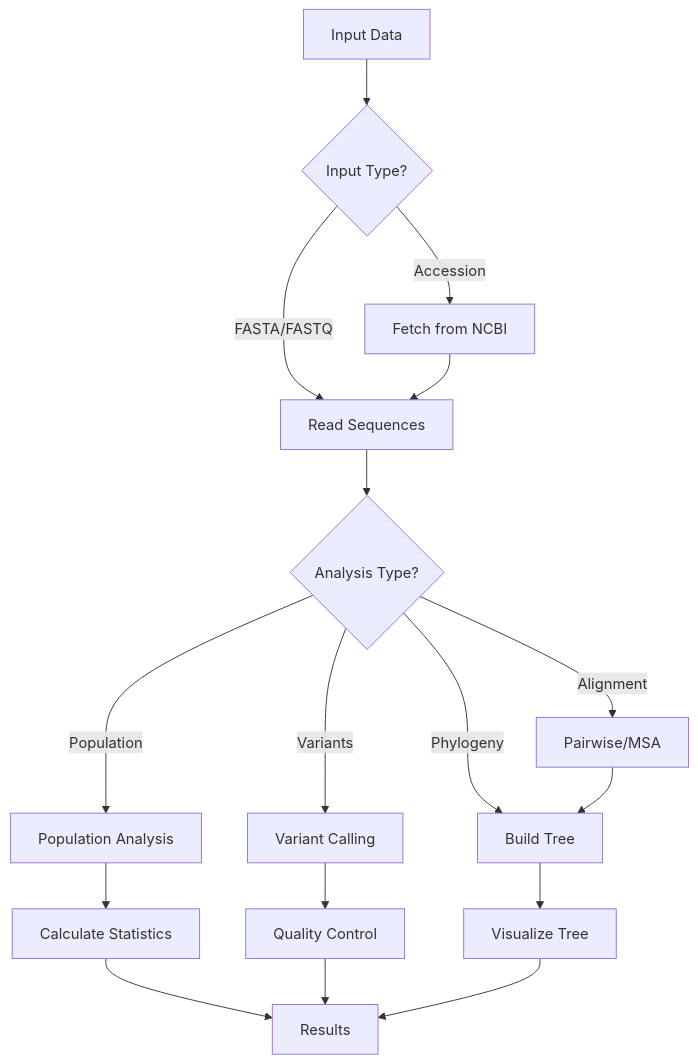
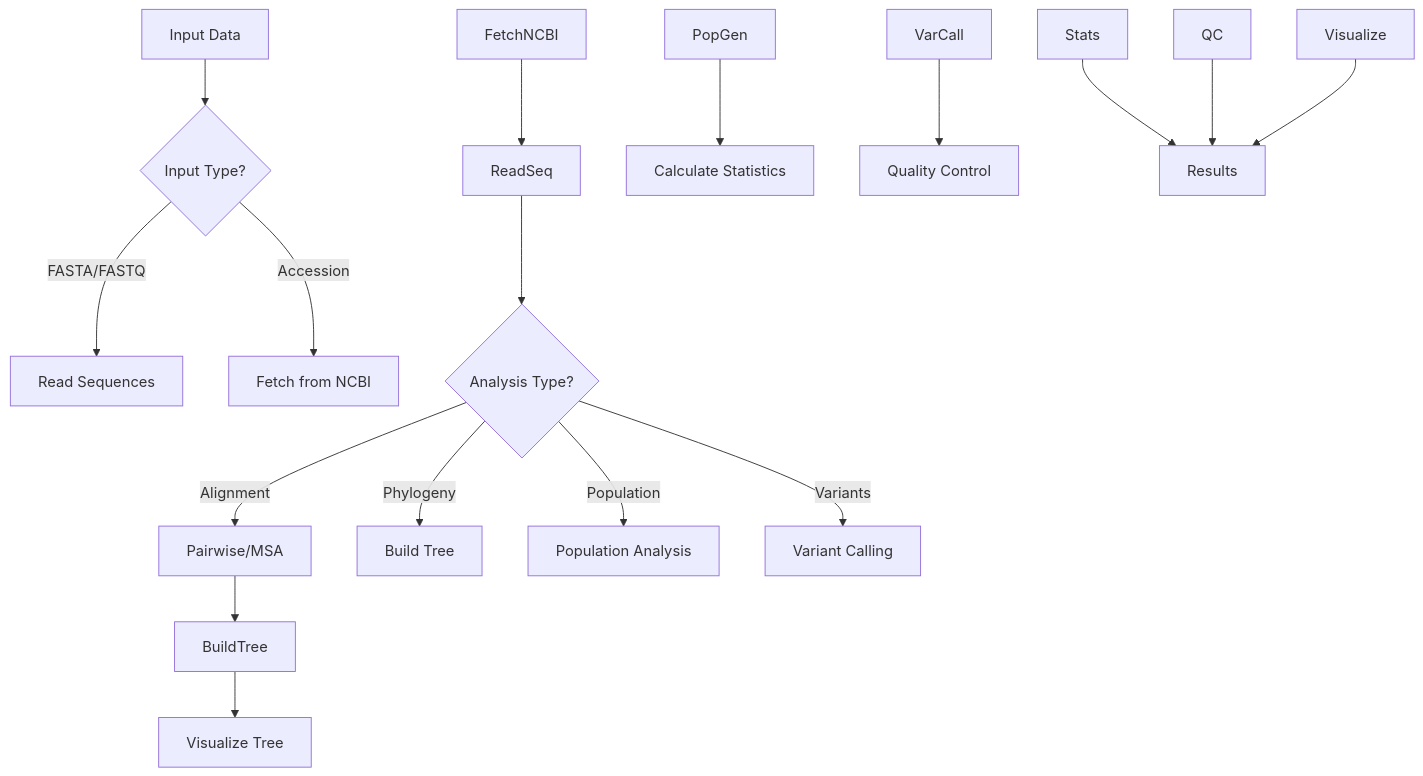
The second of 4 diagrams in src/metainformant/dna/README.md (docxology/MetaInformAnt), drawn with Mermaid before and after one commit. The commit also changed other lines of this file and 611 other files, not shown here.

````diff
--- a/src/metainformant/dna/README.md
+++ b/src/metainformant/dna/README.md
@@ -61,19 +61,19 @@
 ```mermaid
 flowchart TD
-    Start[Input Data] --> InputType{Input Type?}
-    InputType -->|FASTA/FASTQ| ReadSeq[Read Sequences]
-    InputType -->|Accession| FetchNCBI[Fetch from NCBI]
+    StartinputData[Input Data] --> InputType{Input Type?}
+    InputType -->|FASTA/FASTQ| ReadSeqreadSequences[Read Sequences]
+    InputType -->|Accession| FetchNCBIfetchFromNcbi[Fetch from NCBI]
     FetchNCBI --> ReadSeq
     ReadSeq --> Process{Analysis Type?}
     Process -->|Alignment| Align[Pairwise/MSA]
-    Process -->|Phylogeny| BuildTree[Build Tree]
-    Process -->|Population| PopGen[Population Analysis]
-    Process -->|Variants| VarCall[Variant Calling]
+    Process -->|Phylogeny| BuildTreebuildTree[Build Tree]
+    Process -->|Population| PopGenpopulationAnalysis[Population Analysis]
+    Process -->|Variants| VarCallvariantCalling[Variant Calling]
     Align --> BuildTree
-    BuildTree --> Visualize[Visualize Tree]
-    PopGen --> Stats[Calculate Statistics]
-    VarCall --> QC[Quality Control]
+    BuildTree --> VisualizevisualizeTree[Visualize Tree]
+    PopGen --> StatscalculateStatistics[Calculate Statistics]
+    VarCall --> QCqualityControl[Quality Control]
     Stats --> Output[Results]
     QC --> Output
     Visualize --> Output
 ```
````
